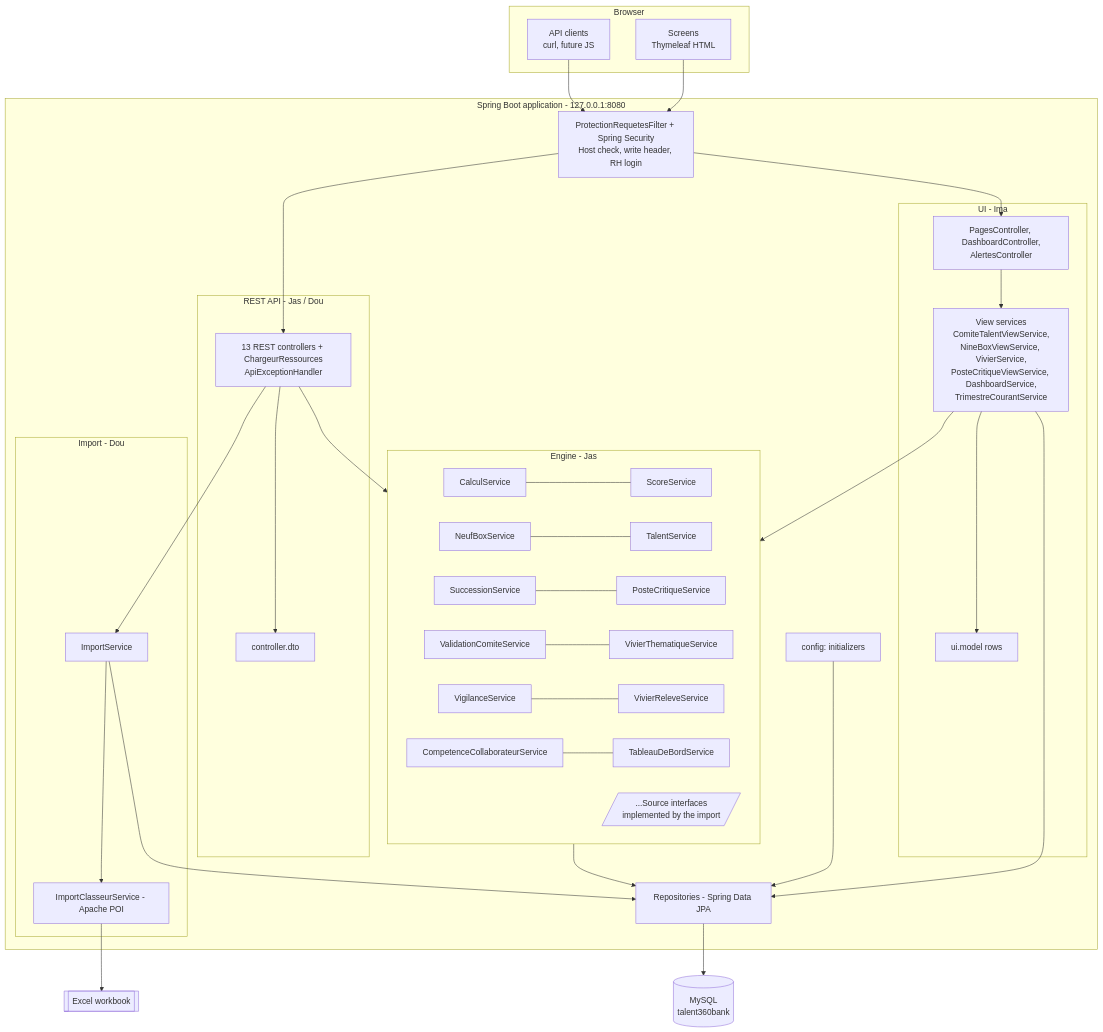
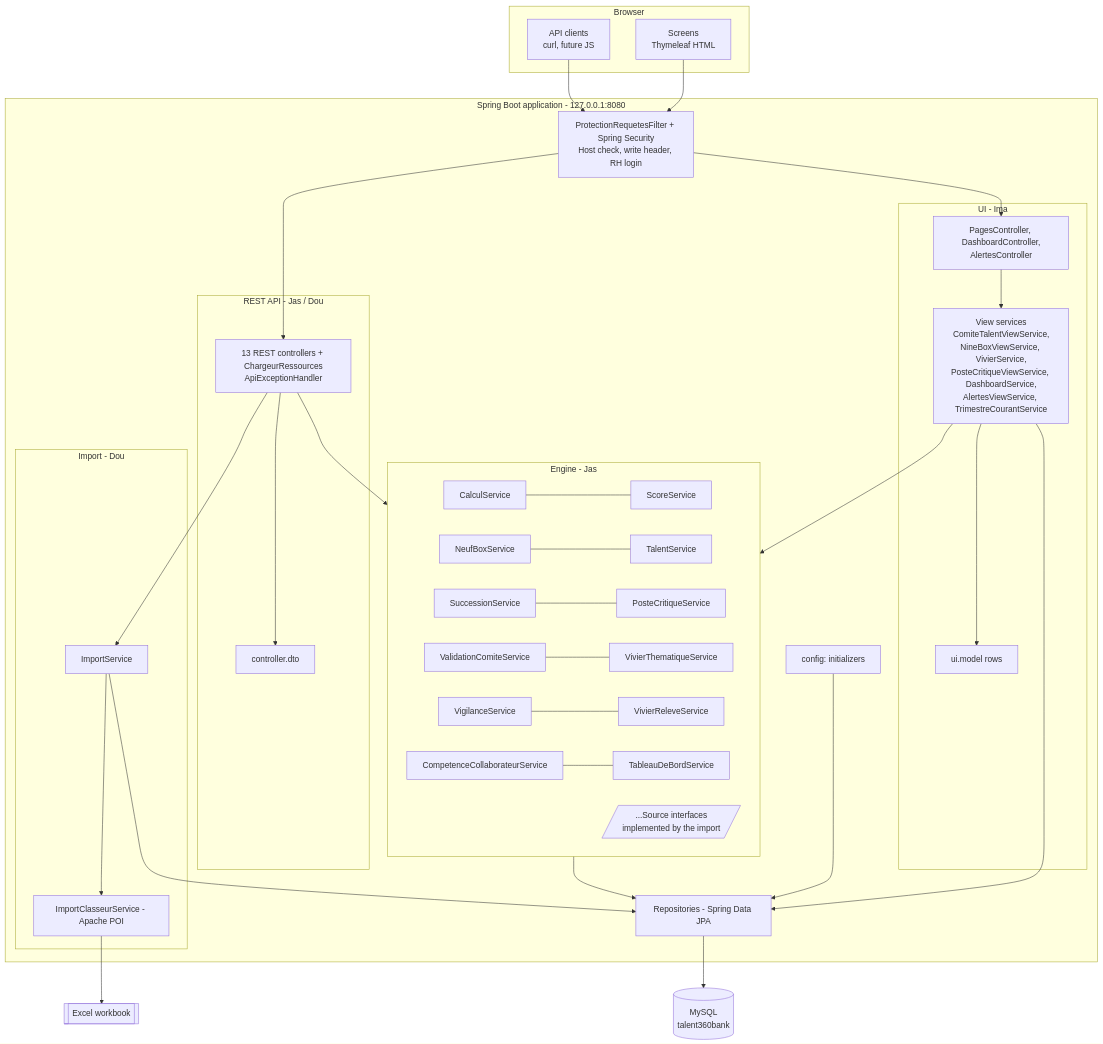
The second of 5 diagrams in docs/guide-developpeur.md (yasmine-kh/RH-project), drawn with Mermaid before and after one commit. The commit also changed other lines of this file and 20 other files, not shown here.

Commit message:
feat: Alertes page (computed alerts, filters, shared with dashboard panel)

````diff
--- a/docs/guide-developpeur.md
+++ b/docs/guide-developpeur.md
@@ -183,47 +207,47 @@
 ```mermaid
 flowchart TB
     subgraph Browser
         UI[Screens<br/>Thymeleaf HTML]
         CLI[API clients<br/>curl, future JS]
     end
     subgraph App[Spring Boot application - 127.0.0.1:8080]
         F[ProtectionRequetesFilter + Spring Security<br/>Host check, write header, RH login]
         subgraph UIL[UI - Ima]
-            PC[PagesController, DashboardController,<br/>AlertesController] --> VS[View services<br/>ComiteTalentViewService,<br/>NineBoxViewService, VivierService,<br/>PosteCritiqueViewService, DashboardService,<br/>TrimestreCourantService]
+            PC[PagesController, DashboardController,<br/>AlertesController] --> VS[View services<br/>ComiteTalentViewService,<br/>NineBoxViewService, VivierService,<br/>PosteCritiqueViewService, DashboardService,<br/>AlertesViewService, TrimestreCourantService]
             VS --> UM[ui.model rows]
         end
         subgraph API[REST API - Jas / Dou]
             RC[13 REST controllers + ChargeurRessources<br/>ApiExceptionHandler] --> DTO[controller.dto]
         end
         subgraph ENG[Engine - Jas]
             CS[CalculService] --- SS[ScoreService]
             NB[NeufBoxService] --- TS[TalentService]
             SU[SuccessionService] --- PCS[PosteCritiqueService]
             VC[ValidationComiteService] --- VT[VivierThematiqueService]
             VG[VigilanceService] --- VR[VivierReleveService]
             CE[CompetenceCollaborateurService] --- TB[TableauDeBordService]
             SRC[/...Source interfaces<br/>implemented by the import/]
         end
         subgraph IMP[Import - Dou]
             IS[ImportService] --> ER[ImportClasseurService - Apache POI]
         end
         REPO[Repositories - Spring Data JPA]
         CFG[config: initializers]
     end
     DB[(MySQL<br/>talent360bank)]
     XL[[Excel workbook]]
 
     UI --> F
     CLI --> F
     F --> PC
     F --> RC
     VS --> ENG
     RC --> ENG
     RC --> IS
     ER --> XL
     ENG --> REPO
     IS --> REPO
     VS --> REPO
     CFG --> REPO
     REPO --> DB
 ```
````
